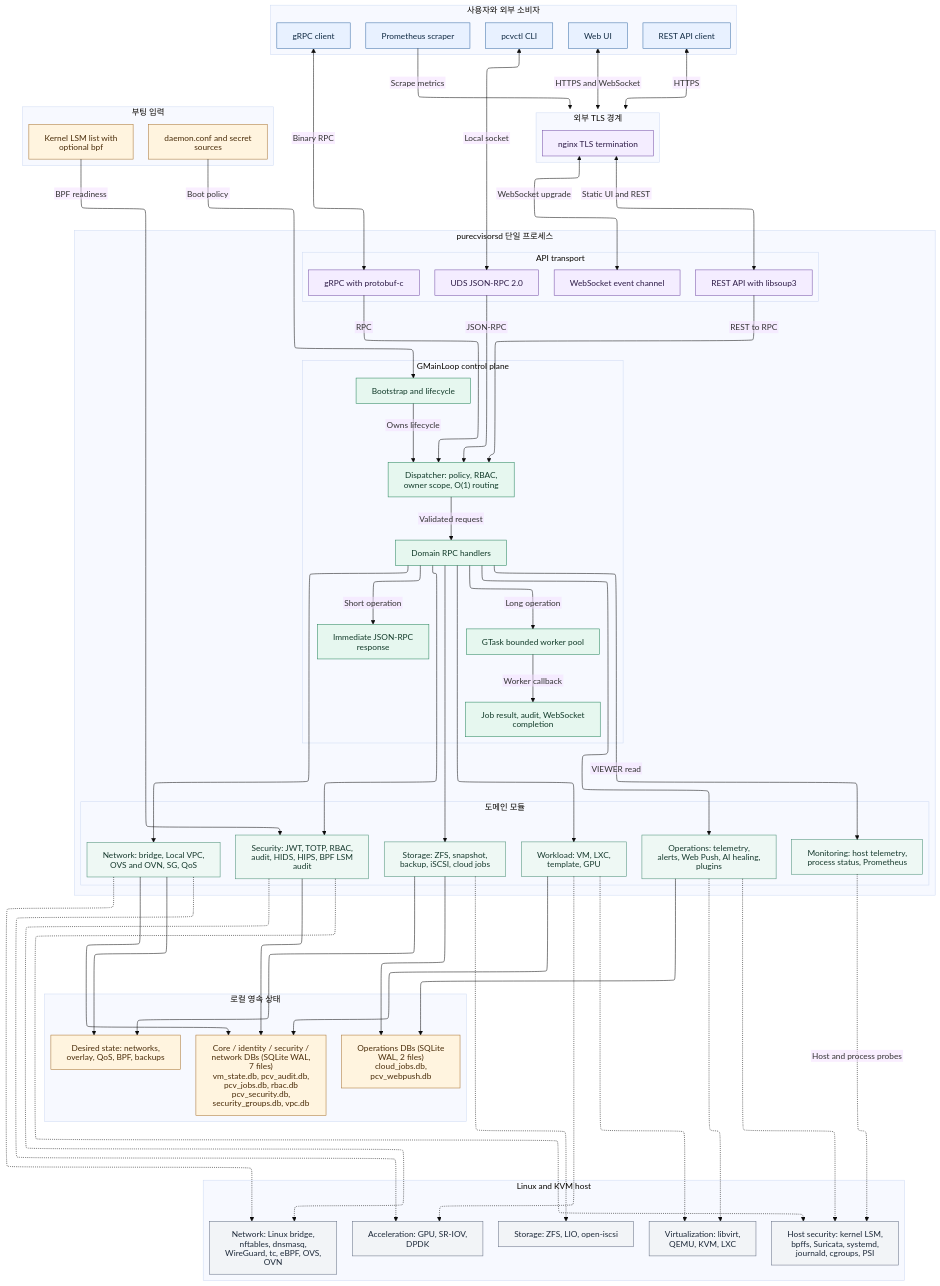
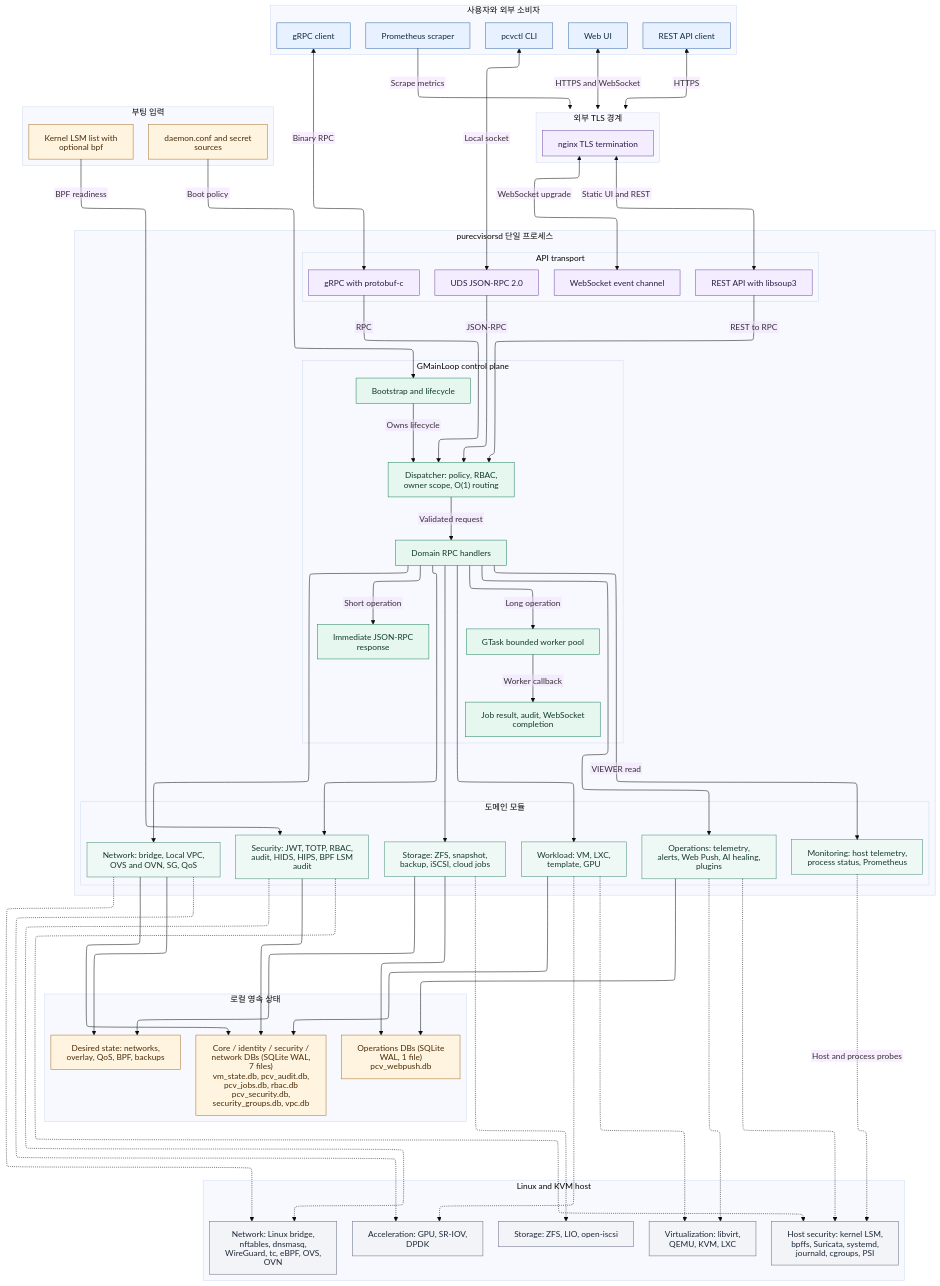
Before and after one commit to HardcoreMonk/purecvisor: the diagram in docs/architecture/purecvisor-single-full-architecture.mmd, drawn with Mermaid (base theme). The commit also changed 138 other files, not shown here.

```diff
--- a/docs/architecture/purecvisor-single-full-architecture.mmd
+++ b/docs/architecture/purecvisor-single-full-architecture.mmd
@@ -1,127 +1,127 @@
 %%{init: {"htmlLabels": false, "markdownAutoWrap": false, "flowchart": {"defaultRenderer": "elk", "htmlLabels": false, "nodeSpacing": 28, "rankSpacing": 48}}}%%
 flowchart TB
     subgraph clients ["사용자와 외부 소비자"]
         direction LR
         webUi["Web UI"]
         pcvctl["pcvctl CLI"]
         apiClient["REST API client"]
         grpcClient["gRPC client"]
         promClient["Prometheus scraper"]
     end
 
     subgraph edgeGateway ["외부 TLS 경계"]
         nginx["nginx TLS termination"]
     end
 
     subgraph bootInputs ["부팅 입력"]
         configStore["daemon.conf and secret sources"]
         kernelLsm["Kernel LSM list with optional bpf"]
     end
 
     subgraph daemon ["purecvisorsd 단일 프로세스"]
         direction TB
 
         subgraph transports ["API transport"]
             direction LR
             udsApi["UDS JSON-RPC 2.0"]
             restApi["REST API with libsoup3"]
             grpcApi["gRPC with protobuf-c"]
             wsApi["WebSocket event channel"]
         end
 
         subgraph core ["GMainLoop control plane"]
             direction LR
             mainLoop["Bootstrap and lifecycle"]
             dispatcher["Dispatcher: policy, RBAC, owner scope, O(1) routing"]
             handlers["Domain RPC handlers"]
             syncPath["Immediate JSON-RPC response"]
             workerPool["GTask bounded worker pool"]
             completion["Job result, audit, WebSocket completion"]
         end
 
         subgraph domains ["도메인 모듈"]
             direction LR
             workloadDomain["Workload: VM, LXC, template, GPU"]
             networkDomain["Network: bridge, Local VPC, OVS and OVN, SG, QoS"]
             storageDomain["Storage: ZFS, snapshot, backup, iSCSI, cloud jobs"]
             securityDomain["Security: JWT, TOTP, RBAC, audit, HIDS, HIPS, BPF LSM audit"]
             monitorDomain["Monitoring: host telemetry, process status, Prometheus"]
             opsDomain["Operations: telemetry, alerts, Web Push, AI healing, plugins"]
         end
     end
 
     subgraph persistence ["로컬 영속 상태"]
         direction LR
         coreDb["Core / identity / security / network DBs (SQLite WAL, 7 files)<br/>vm_state.db, pcv_audit.db, pcv_jobs.db, rbac.db<br/>pcv_security.db, security_groups.db, vpc.db"]
-        operationsDb["Operations DBs (SQLite WAL, 2 files)<br/>cloud_jobs.db, pcv_webpush.db"]
+        operationsDb["Operations DBs (SQLite WAL, 1 file)<br/>pcv_webpush.db"]
         desiredStore["Desired state: networks, overlay, QoS, BPF, backups"]
     end
 
     subgraph host ["Linux and KVM host"]
         direction LR
         virtPlatform["Virtualization: libvirt, QEMU, KVM, LXC"]
         storagePlatform["Storage: ZFS, LIO, open-iscsi"]
         networkPlatform["Network: Linux bridge, nftables, dnsmasq, WireGuard, tc, eBPF, OVS, OVN"]
         securityPlatform["Host security: kernel LSM, bpffs, Suricata, systemd, journald, cgroups, PSI"]
         accelPlatform["Acceleration: GPU, SR-IOV, DPDK"]
     end
 
     webUi <-->|"HTTPS and WebSocket"| nginx
     apiClient <-->|"HTTPS"| nginx
     promClient -->|"Scrape metrics"| nginx
     pcvctl <-->|"Local socket"| udsApi
     grpcClient <-->|"Binary RPC"| grpcApi
     nginx <-->|"Static UI and REST"| restApi
     nginx <-->|"WebSocket upgrade"| wsApi
 
     udsApi -->|"JSON-RPC"| dispatcher
     restApi -->|"REST to RPC"| dispatcher
     grpcApi -->|"RPC"| dispatcher
     mainLoop -->|"Owns lifecycle"| dispatcher
     configStore -->|"Boot policy"| mainLoop
     kernelLsm -->|"BPF readiness"| securityDomain
 
     dispatcher -->|"Validated request"| handlers
     handlers -->|"Short operation"| syncPath
     handlers -->|"Long operation"| workerPool
     workerPool -->|"Worker callback"| completion
 
     handlers --> workloadDomain
     handlers --> networkDomain
     handlers --> storageDomain
     handlers --> securityDomain
     handlers -->|"VIEWER read"| monitorDomain
     handlers --> opsDomain
 
     workloadDomain --> coreDb
     networkDomain --> desiredStore
     networkDomain --> coreDb
     storageDomain --> desiredStore
     storageDomain --> operationsDb
     securityDomain --> coreDb
     opsDomain --> operationsDb
 
     workloadDomain -.-> virtPlatform
     workloadDomain -.-> accelPlatform
     networkDomain -.-> networkPlatform
     networkDomain -.-> accelPlatform
     storageDomain -.-> storagePlatform
     securityDomain -.-> networkPlatform
     securityDomain -.-> securityPlatform
     monitorDomain -.->|"Host and process probes"| securityPlatform
     opsDomain -.-> virtPlatform
     opsDomain -.-> securityPlatform
 
     classDef clientNode fill:#e8f1ff,stroke:#3b6ea8,color:#102a43,stroke-width:1px;
     classDef ingressNode fill:#f4edff,stroke:#7650a8,color:#2d1b46,stroke-width:1px;
     classDef runtimeNode fill:#e6f7ef,stroke:#27845d,color:#123b2a,stroke-width:1px;
     classDef domainNode fill:#eef8f4,stroke:#4a8f76,color:#173a2e,stroke-width:1px;
     classDef dataNode fill:#fff4df,stroke:#aa7430,color:#4a2d0a,stroke-width:1px;
     classDef hostNode fill:#f2f4f7,stroke:#667085,color:#1d2939,stroke-width:1px;
 
     class webUi,pcvctl,apiClient,grpcClient,promClient clientNode;
     class nginx,udsApi,restApi,grpcApi,wsApi ingressNode;
     class mainLoop,dispatcher,handlers,syncPath,workerPool,completion runtimeNode;
     class workloadDomain,networkDomain,storageDomain,securityDomain,monitorDomain,opsDomain domainNode;
     class configStore,kernelLsm,coreDb,operationsDb,desiredStore dataNode;
     class virtPlatform,storagePlatform,networkPlatform,securityPlatform,accelPlatform hostNode;
```
